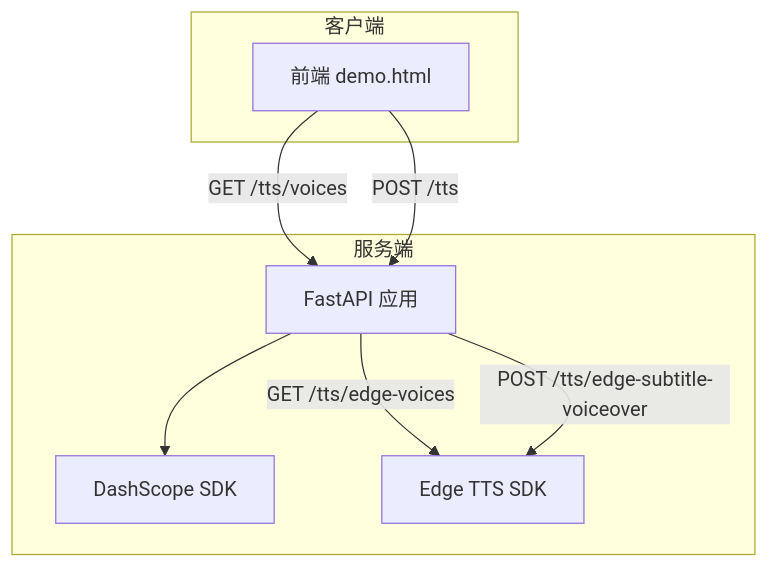
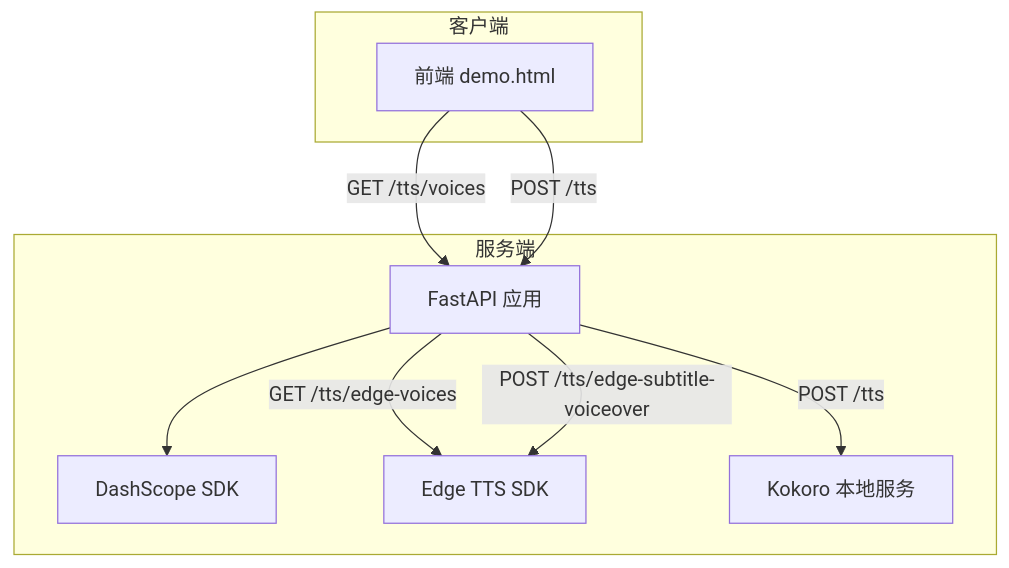
The second of 9 diagrams in .qoder/repowiki/zh/content/语音合成服务/语音合成服务.md (1024dashen/Vue3Speech), drawn with Mermaid before and after one commit. The commit also changed other lines of this file and 9 other files, not shown here.

````diff
--- a/.qoder/repowiki/zh/content/语音合成服务/语音合成服务.md
+++ b/.qoder/repowiki/zh/content/语音合成服务/语音合成服务.md
@@ -86,16 +104,18 @@
 ```mermaid
 graph TB
 subgraph "客户端"
 FE["前端 demo.html"]
 end
 subgraph "服务端"
 API["FastAPI 应用"]
 DS["DashScope SDK"]
 ET["Edge TTS SDK"]
+KO["Kokoro 本地服务"]
 end
 FE --> |"GET /tts/voices"| API
 FE --> |"POST /tts"| API
 API --> DS
 API --> |"GET /tts/edge-voices"| ET
 API --> |"POST /tts/edge-subtitle-voiceover"| ET
+API --> |"POST /tts"| KO
 ```
````
